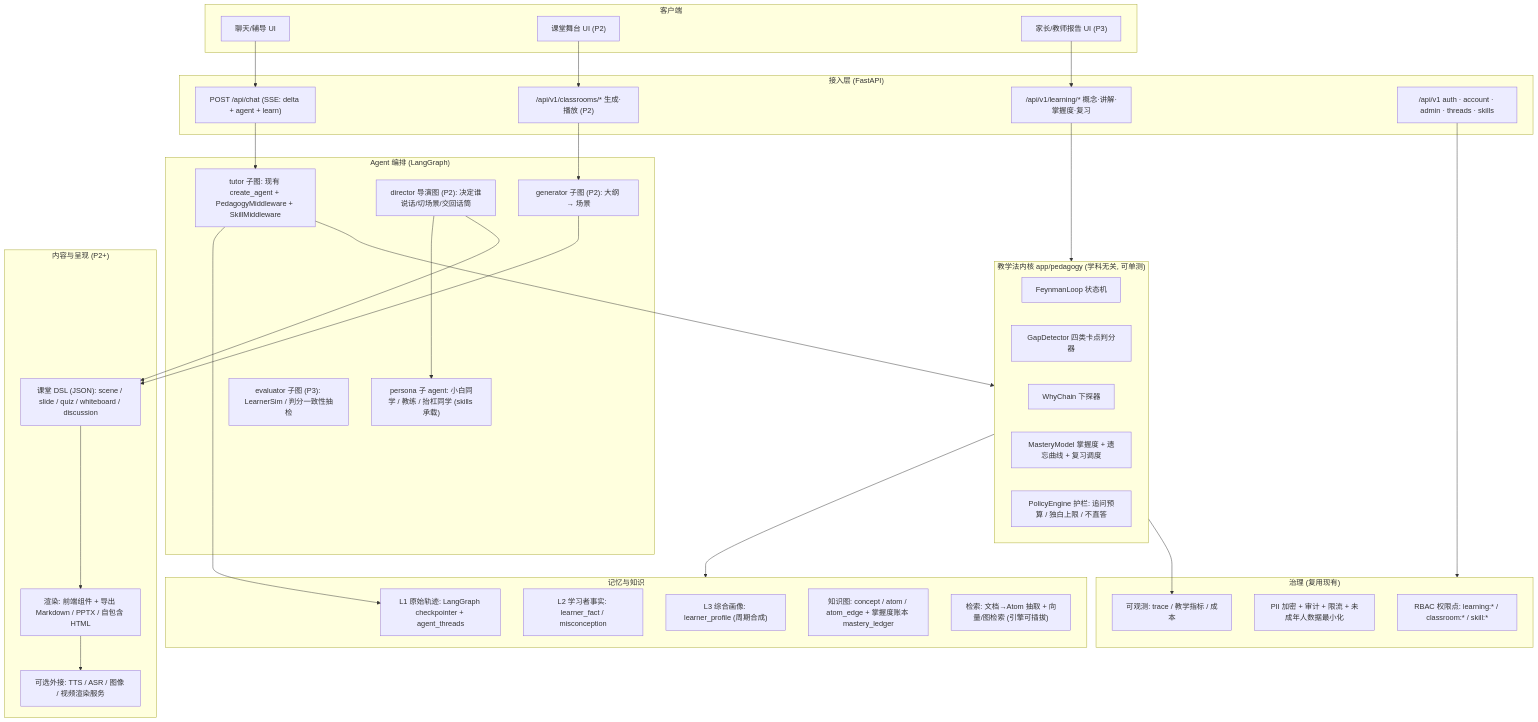
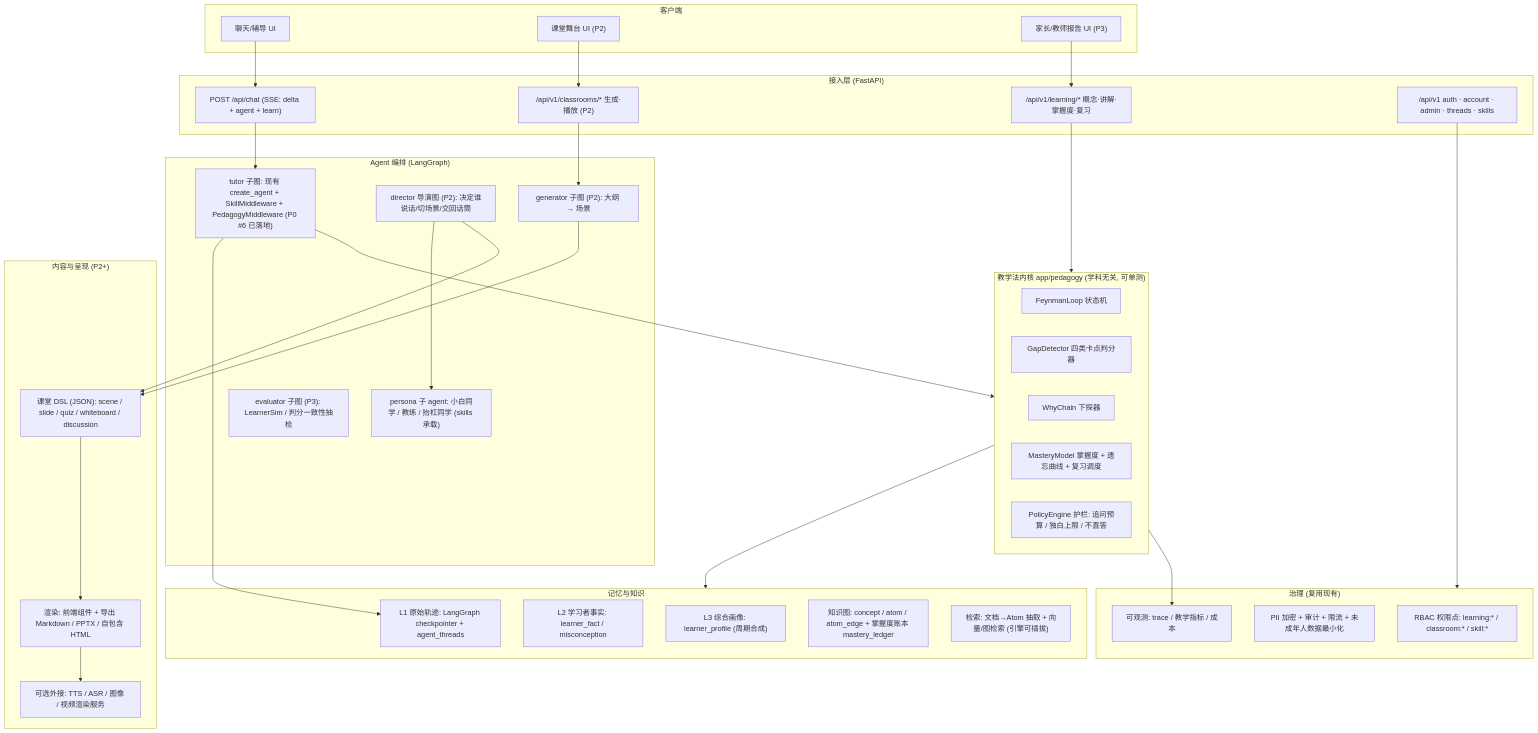
Before and after one commit to billychou/fastapi_langchain_example: the second of 3 diagrams in docs/education-agent-architecture.md, drawn with Mermaid. The commit also changed other lines of this file and 25 other files, not shown here.

First line of the commit message:
Inject pedagogy state via middleware

````diff
--- a/docs/education-agent-architecture.md
+++ b/docs/education-agent-architecture.md
@@ -49,64 +49,64 @@
 ```mermaid
 flowchart TB
     subgraph Client["客户端"]
         C1["聊天/辅导 UI"]
         C2["课堂舞台 UI (P2)"]
         C3["家长/教师报告 UI (P3)"]
     end
 
     subgraph API["接入层 (FastAPI)"]
         A1["POST /api/chat (SSE: delta + agent + learn)"]
         A2["/api/v1/learning/* 概念·讲解·掌握度·复习"]
         A3["/api/v1/classrooms/* 生成·播放 (P2)"]
         A4["/api/v1 auth · account · admin · threads · skills"]
     end
 
     subgraph Core["教学法内核 app/pedagogy (学科无关, 可单测)"]
         P1["FeynmanLoop 状态机"]
         P2["GapDetector 四类卡点判分器"]
         P3["WhyChain 下探器"]
         P4["MasteryModel 掌握度 + 遗忘曲线 + 复习调度"]
         P5["PolicyEngine 护栏: 追问预算 / 独白上限 / 不直答"]
     end
 
     subgraph Agents["Agent 编排 (LangGraph)"]
-        G1["tutor 子图: 现有 create_agent + PedagogyMiddleware + SkillMiddleware"]
+        G1["tutor 子图: 现有 create_agent + SkillMiddleware + PedagogyMiddleware (P0 #6 已落地)"]
         G2["director 导演图 (P2): 决定谁说话/切场景/交回话筒"]
         G3["persona 子 agent: 小白同学 / 教练 / 抬杠同学 (skills 承载)"]
         G4["generator 子图 (P2): 大纲 → 场景"]
         G5["evaluator 子图 (P3): LearnerSim / 判分一致性抽检"]
     end
 
     subgraph Memory["记忆与知识"]
         M1["L1 原始轨迹: LangGraph checkpointer + agent_threads"]
         M2["L2 学习者事实: learner_fact / misconception"]
         M3["L3 综合画像: learner_profile (周期合成)"]
         M4["知识图: concept / atom / atom_edge + 掌握度账本 mastery_ledger"]
         M5["检索: 文档→Atom 抽取 + 向量/图检索 (引擎可插拔)"]
     end
 
     subgraph Content["内容与呈现 (P2+)"]
         N1["课堂 DSL (JSON): scene / slide / quiz / whiteboard / discussion"]
         N2["渲染: 前端组件 + 导出 Markdown / PPTX / 自包含 HTML"]
         N3["可选外接: TTS / ASR / 图像 / 视频渲染服务"]
     end
 
     subgraph Gov["治理 (复用现有)"]
         V1["RBAC 权限点: learning:* / classroom:* / skill:*"]
         V2["PII 加密 + 审计 + 限流 + 未成年人数据最小化"]
         V3["可观测: trace / 教学指标 / 成本"]
     end
 
     C1 --> A1
     C2 --> A3
     C3 --> A2
     A1 --> G1 --> Core
     A2 --> Core
     A3 --> G4 --> N1
     G2 --> G3
     G2 --> N1 --> N2 --> N3
     Core --> Memory
     G1 --> M1
     Core --> V3
     A4 --> Gov
 ```
````
